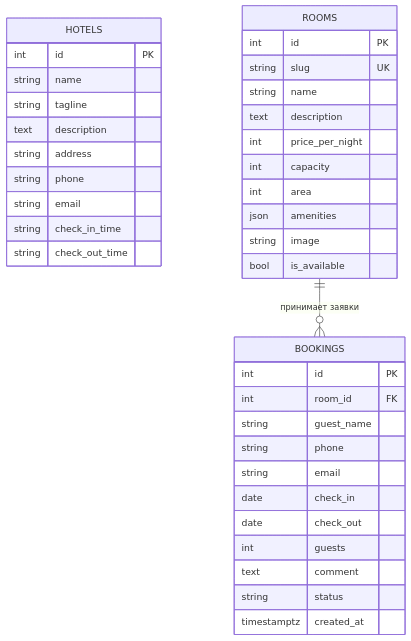
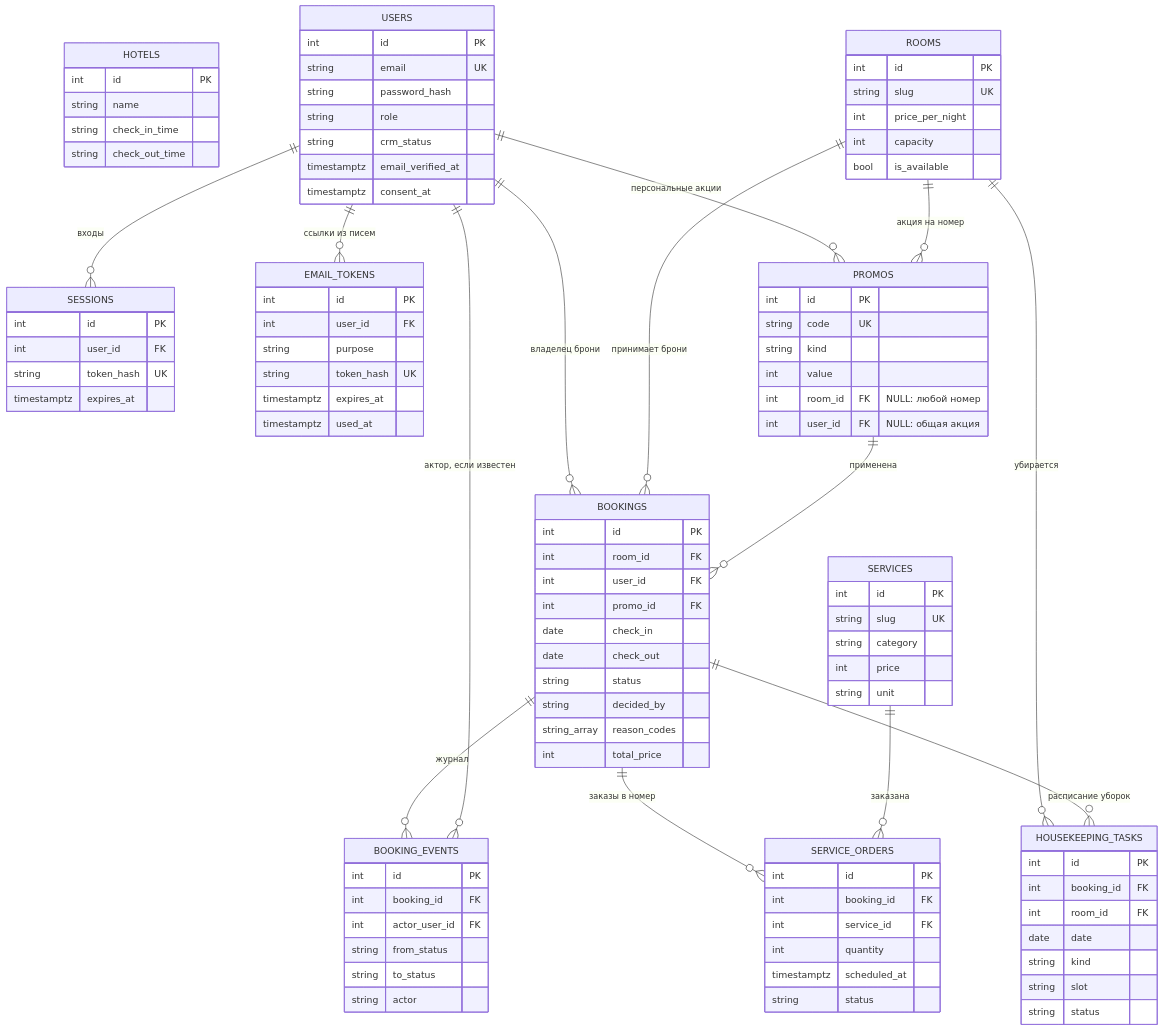
The diagram in docs/05-data-model.md (kirillrub108/web-hotel), drawn with Mermaid before and after one commit. The commit also changed other lines of this file and 12 other files, not shown here.

````diff
--- a/docs/05-data-model.md
+++ b/docs/05-data-model.md
@@ -9,38 +9,102 @@
   HOTELS {
     int id PK
     string name
-    string tagline
-    text description
-    string address
-    string phone
-    string email
     string check_in_time
     string check_out_time
   }
   ROOMS {
     int id PK
     string slug UK
-    string name
-    text description
     int price_per_night
     int capacity
-    int area
-    json amenities
-    string image
     bool is_available
+  }
+  USERS {
+    int id PK
+    string email UK
+    string password_hash
+    string role
+    string crm_status
+    timestamptz email_verified_at
+    timestamptz consent_at
+  }
+  SESSIONS {
+    int id PK
+    int user_id FK
+    string token_hash UK
+    timestamptz expires_at
+  }
+  EMAIL_TOKENS {
+    int id PK
+    int user_id FK
+    string purpose
+    string token_hash UK
+    timestamptz expires_at
+    timestamptz used_at
+  }
+  PROMOS {
+    int id PK
+    string code UK
+    string kind
+    int value
+    int room_id FK "NULL: любой номер"
+    int user_id FK "NULL: общая акция"
   }
   BOOKINGS {
     int id PK
     int room_id FK
-    string guest_name
-    string phone
-    string email
+    int user_id FK
+    int promo_id FK
     date check_in
     date check_out
-    int guests
-    text comment
     string status
-    timestamptz created_at
+    string decided_by
+    string_array reason_codes
+    int total_price
   }
-  ROOMS ||--o{ BOOKINGS : "принимает заявки"
+  BOOKING_EVENTS {
+    int id PK
+    int booking_id FK
+    int actor_user_id FK
+    string from_status
+    string to_status
+    string actor
+  }
+  SERVICES {
+    int id PK
+    string slug UK
+    string category
+    int price
+    string unit
+  }
+  SERVICE_ORDERS {
+    int id PK
+    int booking_id FK
+    int service_id FK
+    int quantity
+    timestamptz scheduled_at
+    string status
+  }
+  HOUSEKEEPING_TASKS {
+    int id PK
+    int booking_id FK
+    int room_id FK
+    date date
+    string kind
+    string slot
+    string status
+  }
+  USERS ||--o{ SESSIONS : "входы"
+  USERS ||--o{ EMAIL_TOKENS : "ссылки из писем"
+  USERS ||--o{ BOOKINGS : "владелец брони"
+  USERS ||--o{ PROMOS : "персональные акции"
+  ROOMS ||--o{ BOOKINGS : "принимает брони"
+  ROOMS ||--o{ PROMOS : "акция на номер"
+  ROOMS ||--o{ HOUSEKEEPING_TASKS : "убирается"
+  PROMOS ||--o{ BOOKINGS : "применена"
+  BOOKINGS ||--o{ BOOKING_EVENTS : "журнал"
+  BOOKINGS ||--o{ SERVICE_ORDERS : "заказы в номер"
+  BOOKINGS ||--o{ HOUSEKEEPING_TASKS : "расписание уборок"
+  SERVICES ||--o{ SERVICE_ORDERS : "заказана"
+  USERS ||--o{ BOOKING_EVENTS : "актор, если известен"
 ```
````
